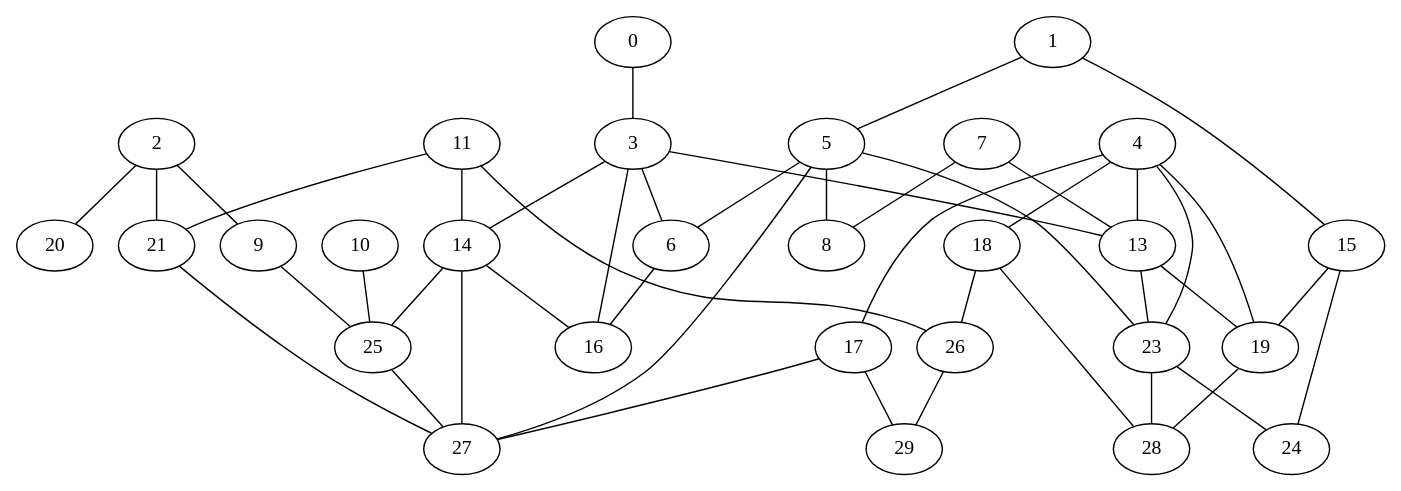
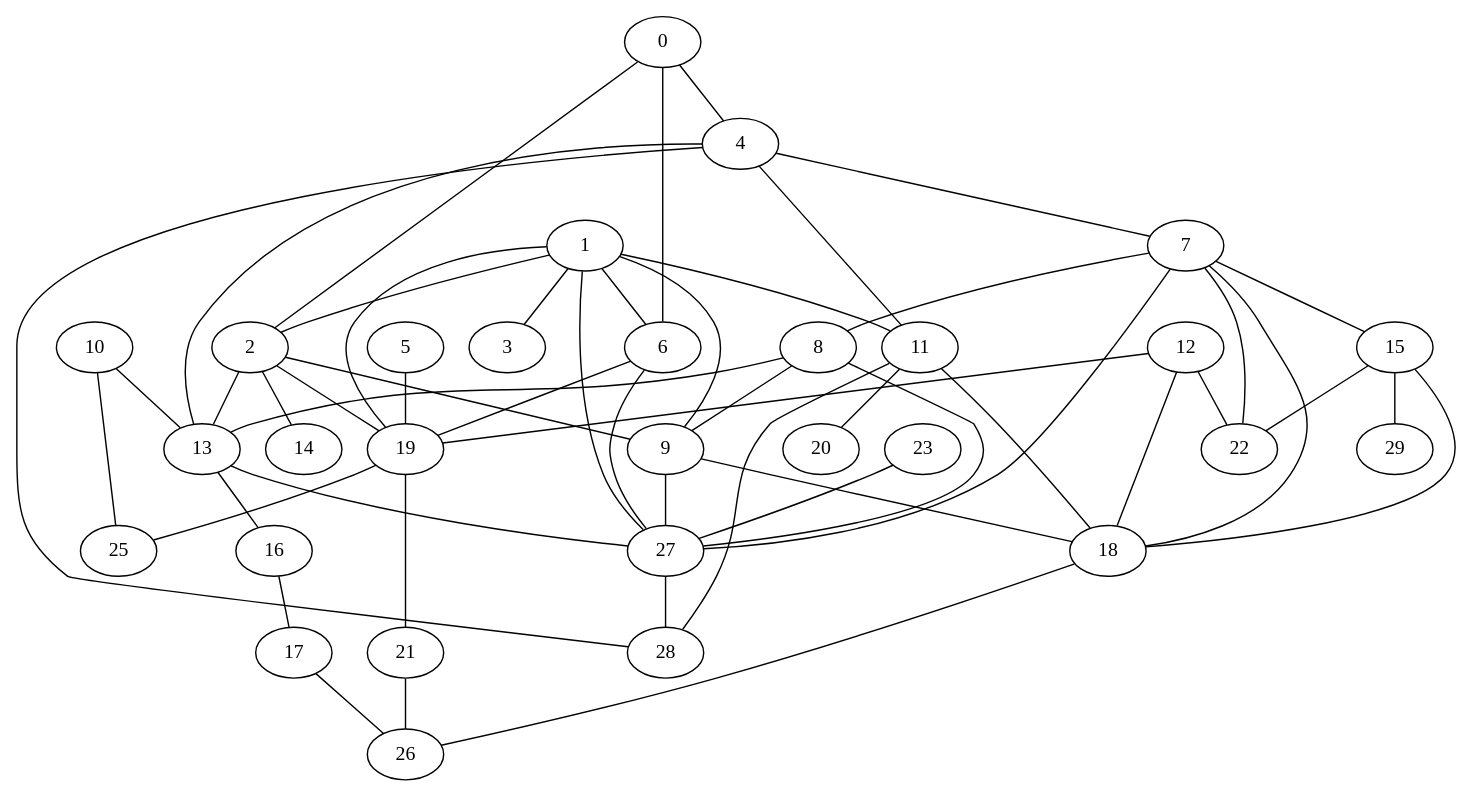
Before and after one commit to amorac4/DAA24: the diagram in grafo_Gilbert_30.gv, drawn with Graphviz. The commit also changed 17 other files, not shown here.

```diff
--- a/grafo_Gilbert_30.gv
+++ b/grafo_Gilbert_30.gv
@@ -1,46 +1,54 @@
 graph G {
-    "5" -- "6";
-    "4" -- "18";
-    "17" -- "29";
-    "1" -- "15";
+    "4" -- "7";
+    "1" -- "3";
+    "8" -- "13";
+    "11" -- "28";
+    "5" -- "19";
+    "8" -- "9";
     "18" -- "26";
-    "25" -- "27";
-    "11" -- "14";
-    "15" -- "19";
-    "0" -- "3";
-    "5" -- "23";
-    "9" -- "25";
-    "5" -- "8";
-    "3" -- "14";
+    "1" -- "6";
+    "9" -- "18";
+    "1" -- "11";
+    "1" -- "2";
+    "16" -- "17";
+    "2" -- "19";
+    "7" -- "15";
     "2" -- "9";
-    "4" -- "19";
-    "21" -- "27";
-    "26" -- "29";
+    "13" -- "16";
     "4" -- "13";
-    "1" -- "5";
-    "4" -- "23";
-    "14" -- "27";
-    "3" -- "6";
-    "3" -- "16";
-    "19" -- "28";
-    "3" -- "13";
-    "2" -- "20";
-    "11" -- "26";
-    "18" -- "28";
-    "11" -- "21";
-    "13" -- "19";
-    "17" -- "27";
-    "23" -- "24";
-    "13" -- "23";
-    "15" -- "24";
-    "14" -- "16";
-    "23" -- "28";
-    "2" -- "21";
-    "7" -- "13";
-    "4" -- "17";
-    "14" -- "25";
+    "2" -- "13";
+    "19" -- "25";
+    "15" -- "18";
+    "0" -- "4";
+    "11" -- "18";
+    "27" -- "28";
+    "19" -- "21";
+    "15" -- "22";
+    "4" -- "28";
+    "21" -- "26";
+    "7" -- "27";
+    "10" -- "13";
+    "7" -- "18";
+    "12" -- "18";
+    "1" -- "19";
+    "15" -- "29";
+    "1" -- "9";
+    "17" -- "26";
+    "7" -- "22";
+    "2" -- "14";
+    "12" -- "22";
+    "4" -- "11";
+    "6" -- "19";
+    "9" -- "27";
+    "1" -- "27";
     "10" -- "25";
-    "5" -- "27";
+    "12" -- "19";
+    "13" -- "27";
+    "0" -- "6";
+    "11" -- "20";
+    "6" -- "27";
+    "23" -- "27";
+    "8" -- "27";
     "7" -- "8";
-    "6" -- "16";
+    "0" -- "2";
 }
```
